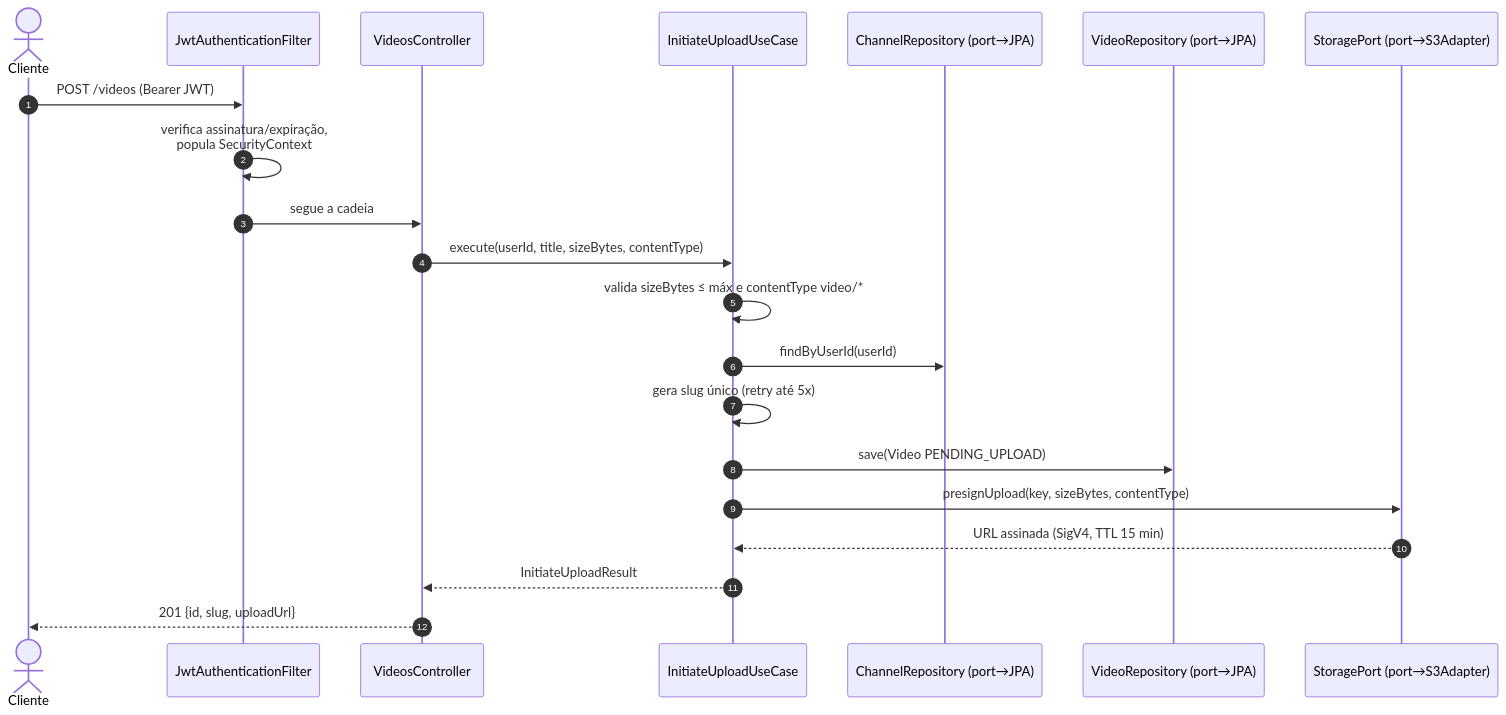
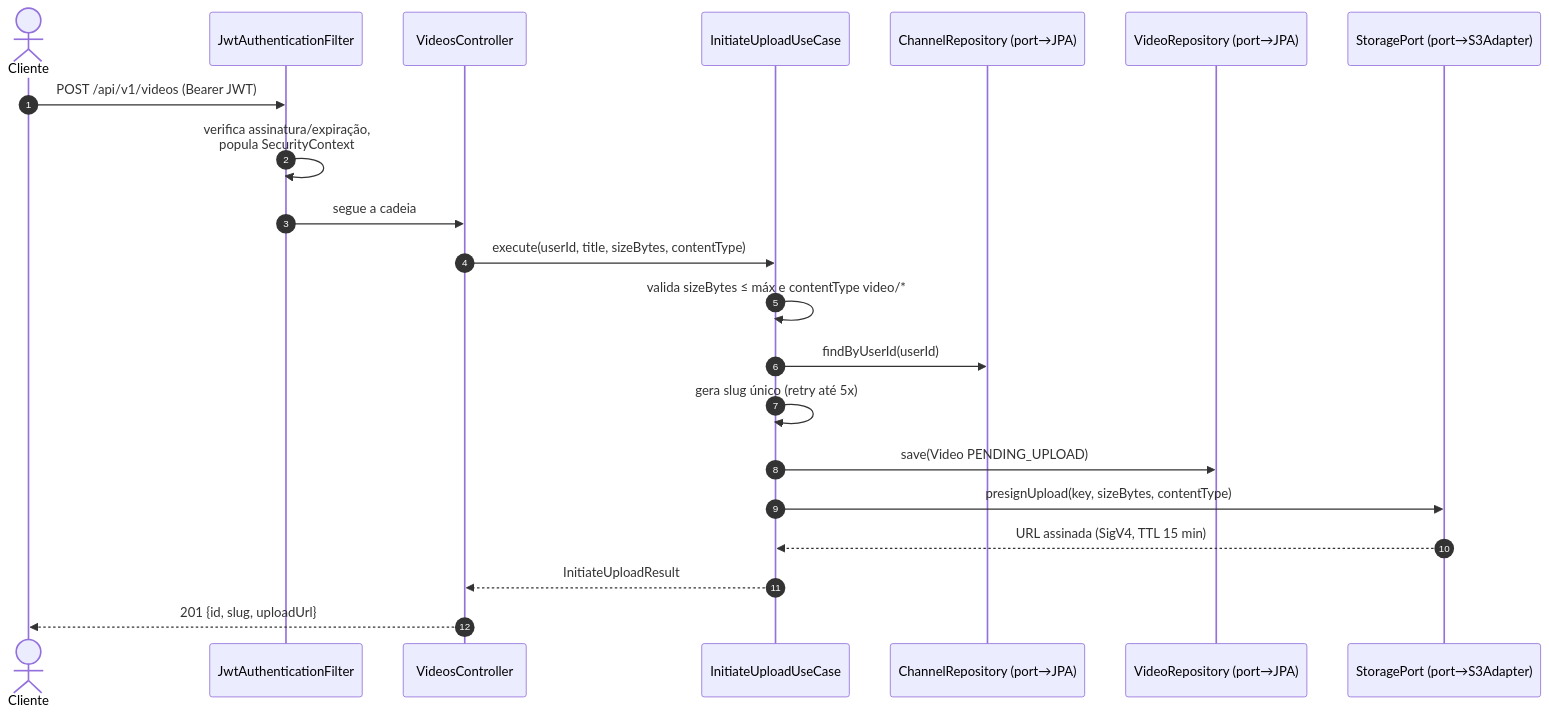
One commit to agneto/streamtube-java changed the diagram in docs/diagrams/03-sequencia-initiate-upload.md. Above: the diagram before and after it, drawn with Mermaid. The commit also changed other lines of this file and 18 other files, not shown here.

````diff
--- a/docs/diagrams/03-sequencia-initiate-upload.md
+++ b/docs/diagrams/03-sequencia-initiate-upload.md
@@ -6,24 +6,24 @@
 ```mermaid
 sequenceDiagram
     autonumber
     actor C as Cliente
     participant F as JwtAuthenticationFilter
     participant VC as VideosController
     participant UC as InitiateUploadUseCase
     participant CR as ChannelRepository (port→JPA)
     participant VR as VideoRepository (port→JPA)
     participant SP as StoragePort (port→S3Adapter)
 
-    C->>F: POST /videos (Bearer JWT)
+    C->>F: POST /api/v1/videos (Bearer JWT)
     F->>F: verifica assinatura/expiração,<br/>popula SecurityContext
     F->>VC: segue a cadeia
     VC->>UC: execute(userId, title, sizeBytes, contentType)
     UC->>UC: valida sizeBytes ≤ máx e contentType video/*
     UC->>CR: findByUserId(userId)
     UC->>UC: gera slug único (retry até 5x)
     UC->>VR: save(Video PENDING_UPLOAD)
     UC->>SP: presignUpload(key, sizeBytes, contentType)
     SP-->>UC: URL assinada (SigV4, TTL 15 min)
     UC-->>VC: InitiateUploadResult
     VC-->>C: 201 {id, slug, uploadUrl}
 ```
````
